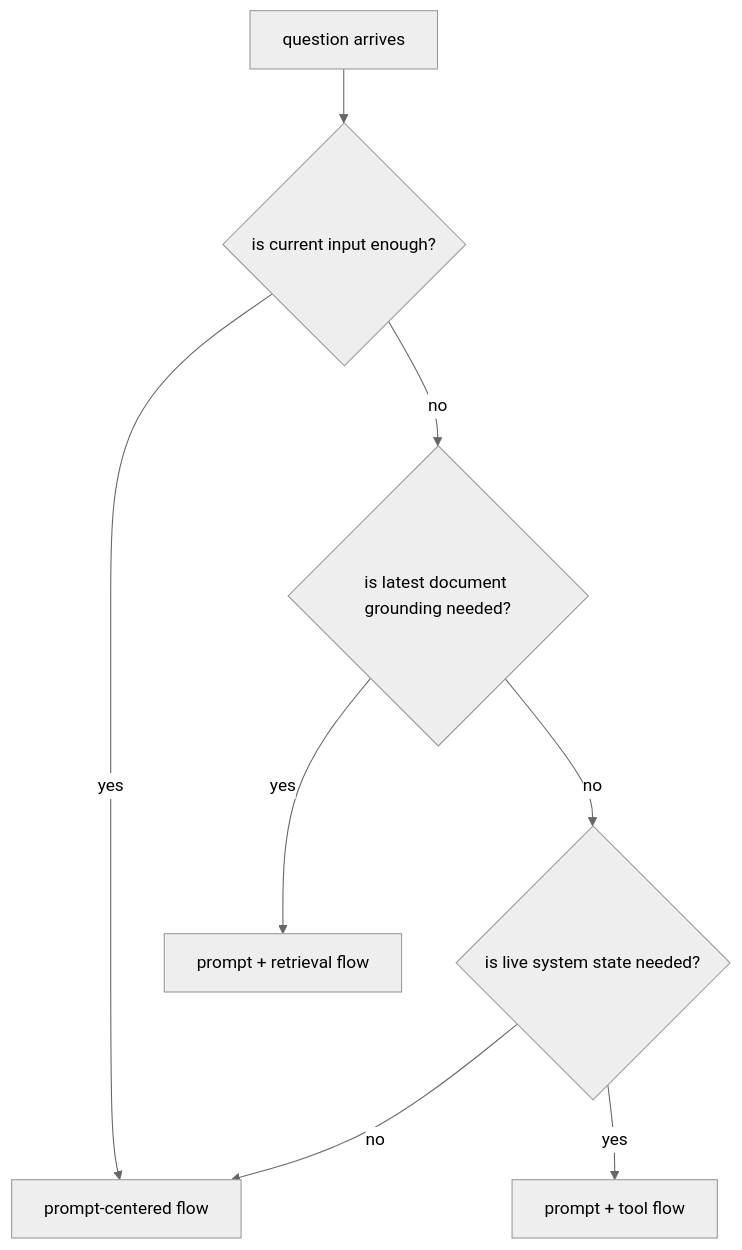
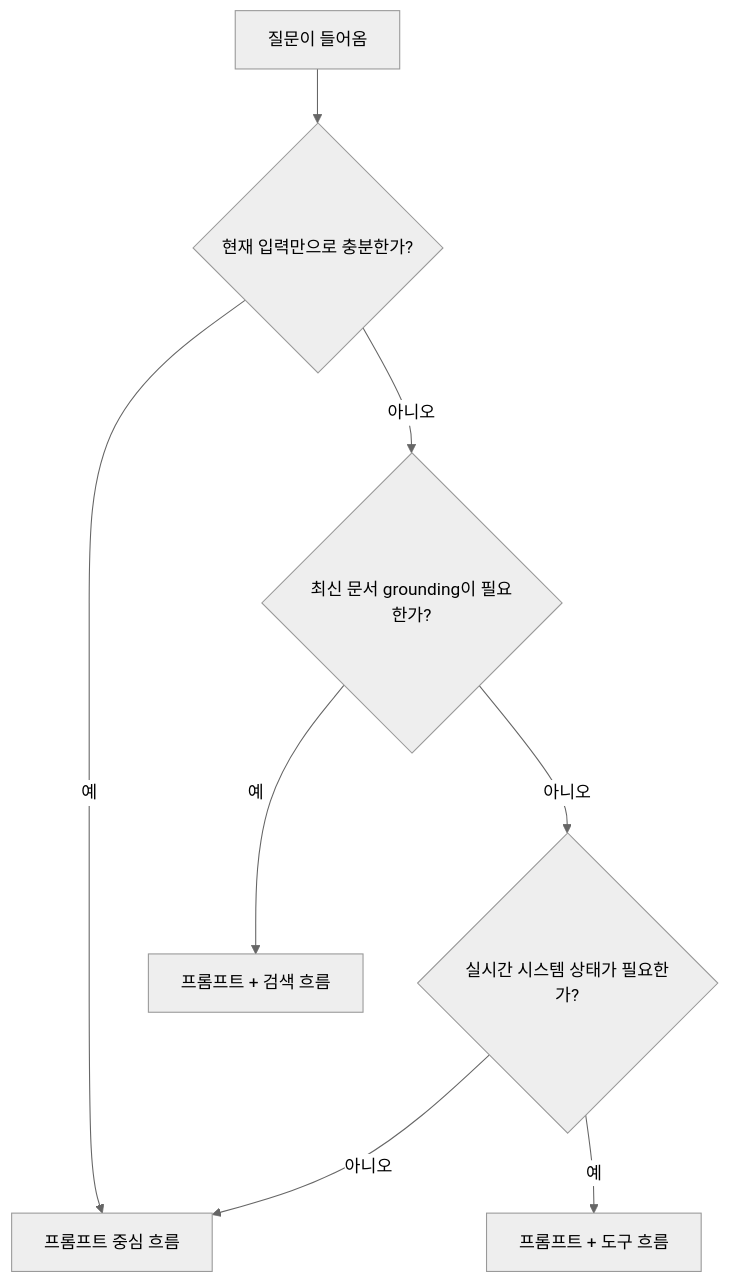
One commit to devchan64/AiBook changed the diagram in docs/assets/part-06/chapter-17/p6-c17-s01-diagram-02-ko.mmd. Above: the diagram before and after it, drawn with Mermaid (neutral theme). The commit also changed 139 other files, not shown here.

Commit message:
part6: expand beginner examples and diagram updates

```diff
--- a/docs/assets/part-06/chapter-17/p6-c17-s01-diagram-02-ko.mmd
+++ b/docs/assets/part-06/chapter-17/p6-c17-s01-diagram-02-ko.mmd
@@ -1,16 +1,16 @@
 flowchart TD
-  A["question arrives"]
-  B{"is current input enough?"}
-  C{"is latest document grounding needed?"}
-  D{"is live system state needed?"}
-  E["prompt-centered flow"]
-  F["prompt + retrieval flow"]
-  G["prompt + tool flow"]
+  A["질문이 들어옴"]
+  B{"현재 입력만으로 충분한가?"}
+  C{"최신 문서 grounding이 필요한가?"}
+  D{"실시간 시스템 상태가 필요한가?"}
+  E["프롬프트 중심 흐름"]
+  F["프롬프트 + 검색 흐름"]
+  G["프롬프트 + 도구 흐름"]
 
   A --> B
-  B -->|yes| E
-  B -->|no| C
-  C -->|yes| F
-  C -->|no| D
-  D -->|yes| G
-  D -->|no| E
+  B -->|예| E
+  B -->|아니오| C
+  C -->|예| F
+  C -->|아니오| D
+  D -->|예| G
+  D -->|아니오| E
```
